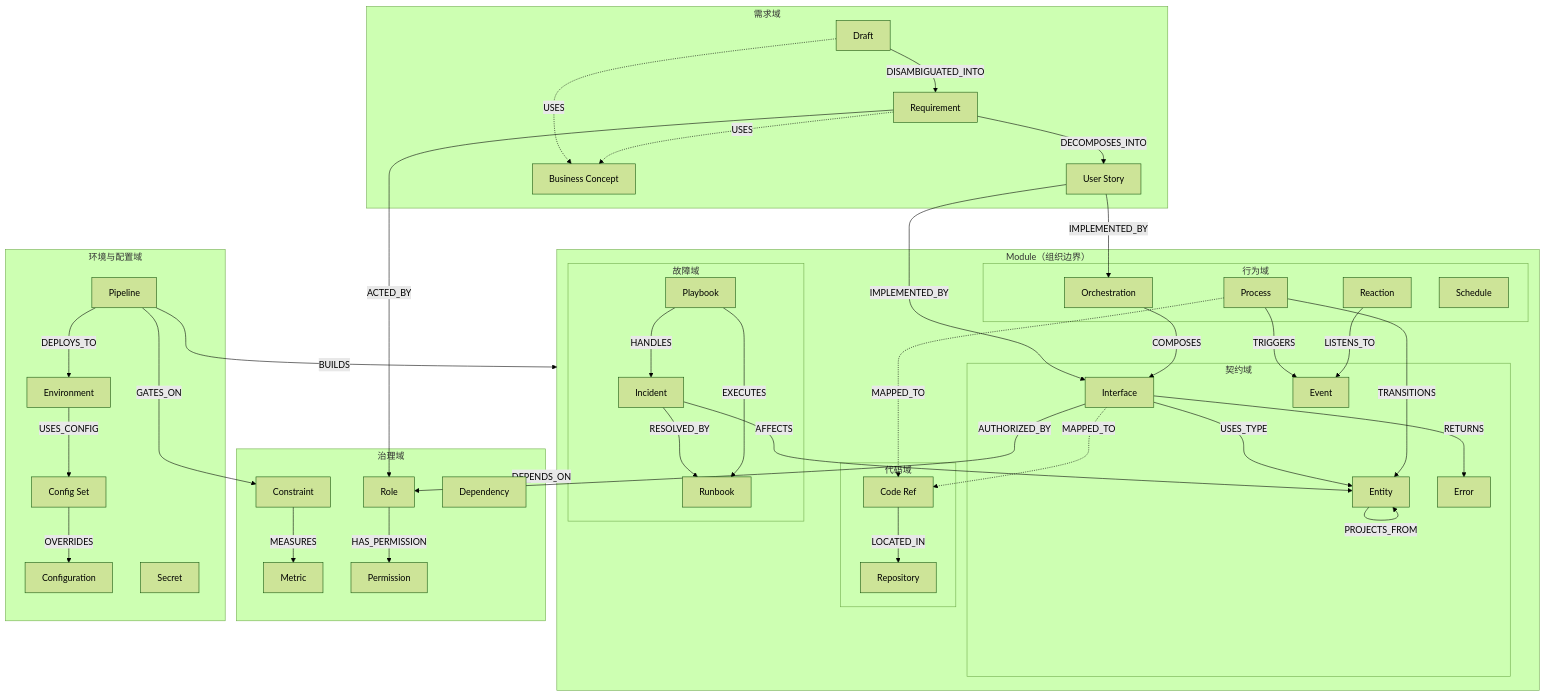
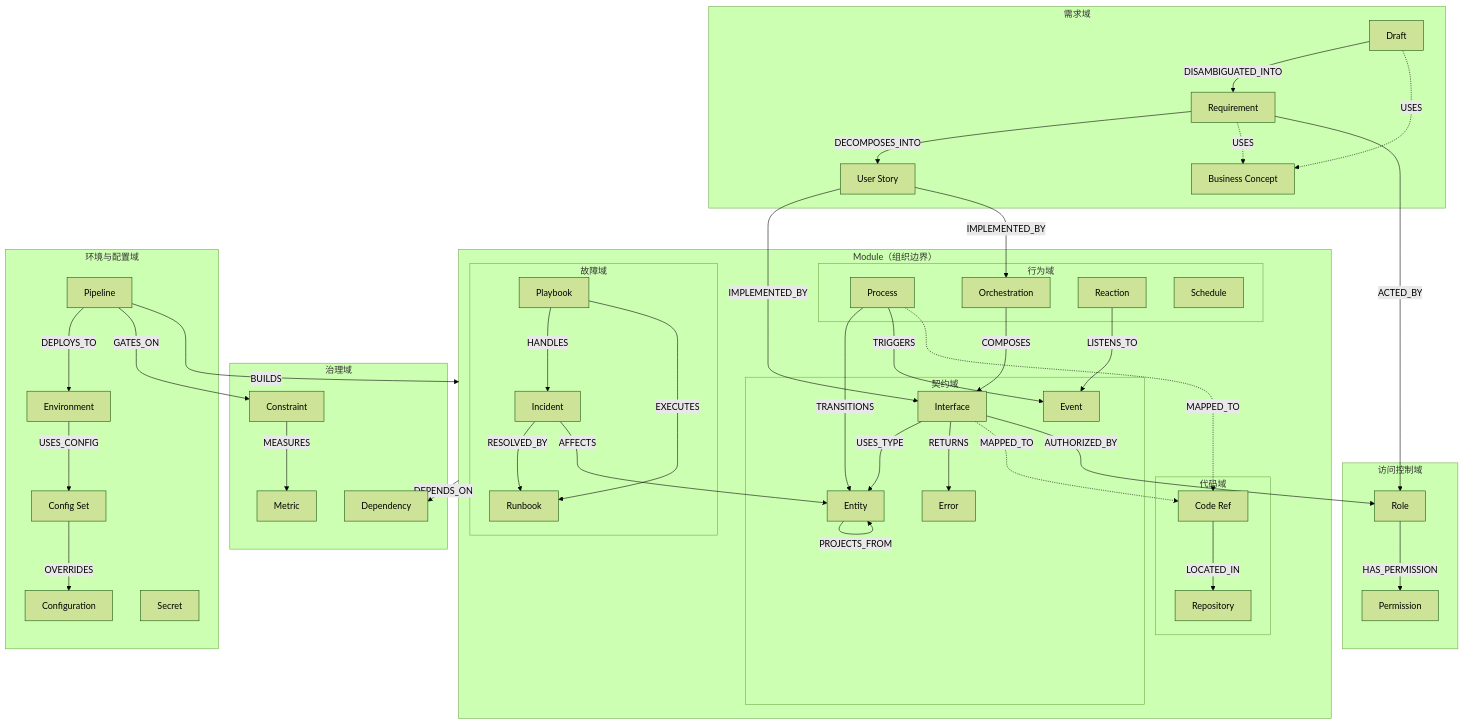
Before and after one commit to wang-x-xia/crispspec: the second of 2 diagrams in concepts.md, drawn with Mermaid (forest theme). The commit also changed other lines of this file and 12 other files, not shown here.

````diff
--- a/concepts.md
+++ b/concepts.md
@@ -136,75 +147,80 @@
 ```mermaid
 graph TD
     subgraph requirement["需求域"]
         DRAFT["Draft"] -->|DISAMBIGUATED_INTO| REQ["Requirement"]
         REQ -->|DECOMPOSES_INTO| US["User Story"]
         BC["Business Concept"]
         DRAFT -.->|USES| BC
         REQ -.->|USES| BC
     end
 
     subgraph module_boundary["Module（组织边界）"]
         subgraph contract["契约域"]
             ENT["Entity"] -->|PROJECTS_FROM| ENT
             API["Interface"] -->|USES_TYPE| ENT
             API -->|RETURNS| ERR["Error"]
             EVT["Event"]
         end
 
         subgraph behavior["行为域"]
             PROC["Process"]
             ORCH["Orchestration"]
             SUB["Reaction"]
             SCH["Schedule"]
         end
 
         subgraph code["代码域"]
             CREF["Code Ref"] -->|LOCATED_IN| REPO["Repository"]
         end
         
         subgraph incident["故障域"]
             INC["Incident"] -->|RESOLVED_BY| RB["Runbook"]
             PB["Playbook"] -->|HANDLES| INC
             PB -->|EXECUTES| RB
         end
     end
 
     subgraph governance["治理域"]
         CON["Constraint"] -->|MEASURES| MET["Metric"]
+        DEP["Dependency"]
+    end
+
+    subgraph access["访问控制域"]
         ROLE["Role"] -->|HAS_PERMISSION| PERM["Permission"]
-        DEP["Dependency"]
     end
 
     subgraph delivery["环境与配置域"]
         PIPE["Pipeline"] -->|DEPLOYS_TO| ENV["Environment"]
         ENV -->|USES_CONFIG| CSET["Config Set"]
         CSET -->|OVERRIDES| CONF["Configuration"]
         SEC["Secret"]
     end
 
     %% 需求 → 实现
     US -->|IMPLEMENTED_BY| API
     US -->|IMPLEMENTED_BY| ORCH
 
     %% 行为 → 契约
     PROC -->|TRANSITIONS| ENT
     PROC -->|TRIGGERS| EVT
     ORCH -->|COMPOSES| API
     SUB -->|LISTENS_TO| EVT
 
     %% 契约/行为 → 代码
     API -.->|MAPPED_TO| CREF
     PROC -.->|MAPPED_TO| CREF
 
-    %% → 治理
+    %% → 访问控制
     REQ -->|ACTED_BY| ROLE
     API -->|AUTHORIZED_BY| ROLE
+
+    %% → 治理
     module_boundary -->|DEPENDS_ON| DEP
     
     %% → 故障域
     INC -->|AFFECTS| ENT
 
     %% 交付
     PIPE -->|BUILDS| module_boundary
     PIPE -->|GATES_ON| CON
 ```
````
